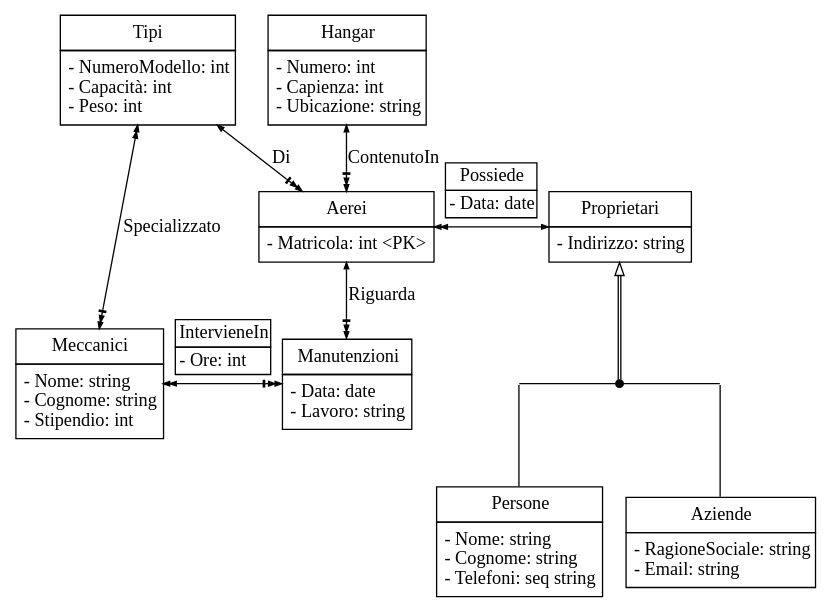
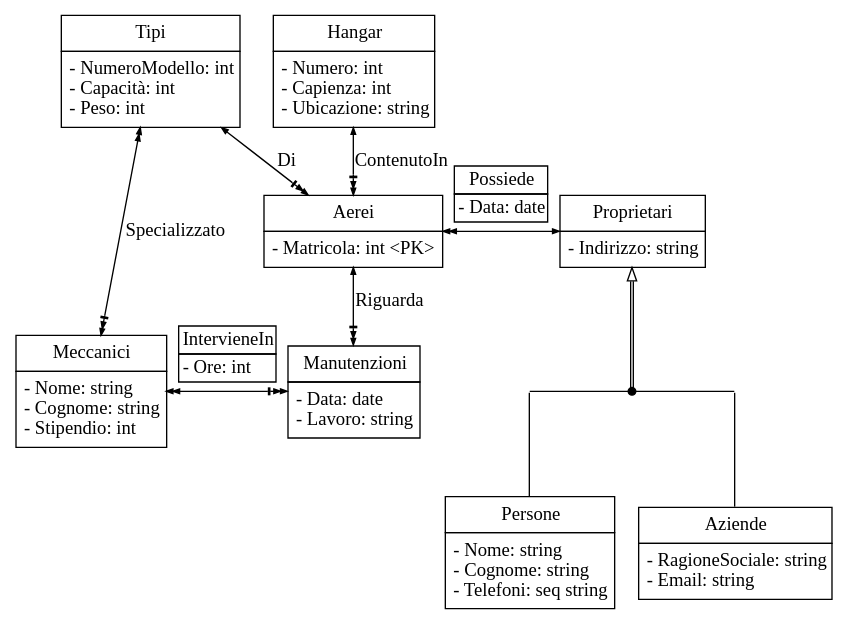
One commit to alek3y/cs changed diagram 16 of 17 in src/ct0006-1/README.md. Above: the diagram before and after it, drawn with Graphviz. The commit also changed 2 other files, not shown here.

Commit message:
Embed SVGs using data URIs

````diff
--- a/src/ct0006-1/README.md
+++ b/src/ct0006-1/README.md
@@ -490,7 +490,6 @@
 ```dot process
 digraph {
 	rankdir=TB
-	size="8.4!"
 	edge [arrowsize=0.5 dir=both fontname="Times"]
 	node [shape=box fontname="Times"]
 
````
